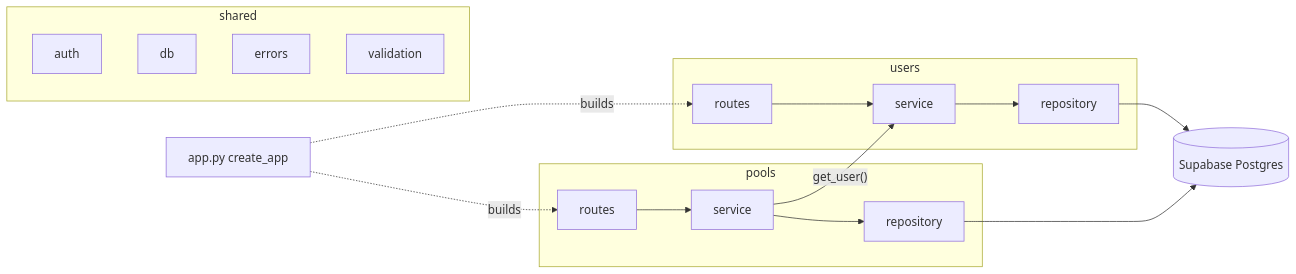
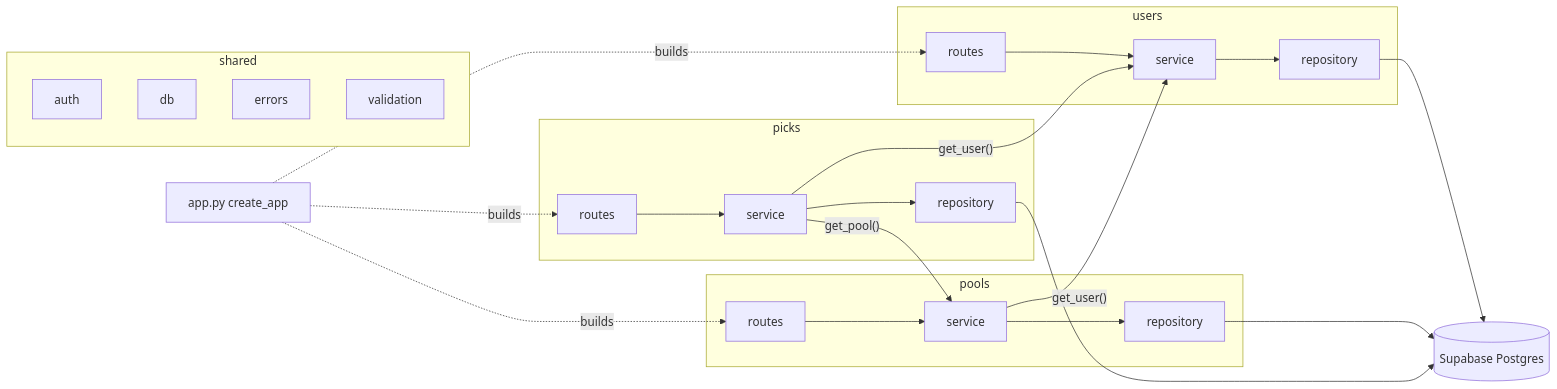
Before and after one commit to MESW-LES-2627/les-project-group-8: the first of 4 diagrams in docs/architecture.md, drawn with Mermaid. The commit also changed other lines of this file and 7 other files, not shown here.

````diff
--- a/docs/architecture.md
+++ b/docs/architecture.md
@@ -35,21 +40,28 @@
 ```mermaid
 flowchart LR
   App["app.py create_app"]
   subgraph usersModule [users]
     UR[routes] --> US[service] --> URepo[repository]
   end
   subgraph poolsModule [pools]
     PR[routes] --> PS[service] --> PRepo[repository]
   end
+  subgraph picksModule [picks]
+    PKR[routes] --> PKS[service] --> PKRepo[repository]
+  end
   subgraph sharedModule [shared]
     AUTH[auth]
     DB[db]
     ERR[errors]
     VAL[validation]
   end
   App -.builds.-> UR
   App -.builds.-> PR
+  App -.builds.-> PKR
   PS -->|"get_user()"| US
+  PKS -->|"get_pool()"| PS
+  PKS -->|"get_user()"| US
   URepo --> Supabase[(Supabase Postgres)]
   PRepo --> Supabase
+  PKRepo --> Supabase
 ```
````
